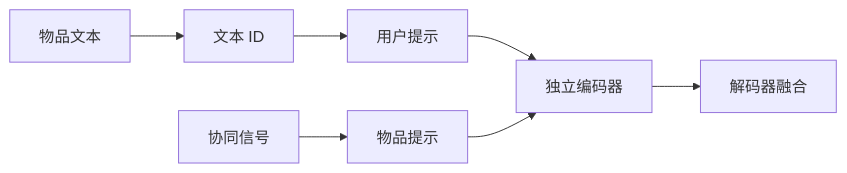
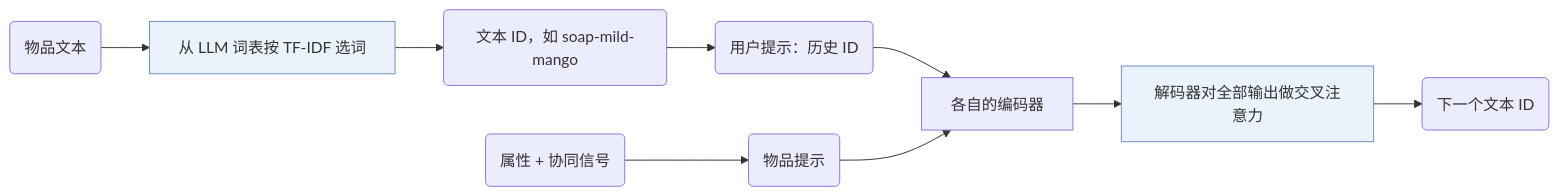
Before and after one commit to Galaxy-ghost/Awesome-SID-Generative-Rec: the diagram in notes/zh/gram.md, drawn with Mermaid. The commit also changed 521 other files, not shown here.

Commit message:
writer-04 part 3: algorithm diagrams with shared shape conventions, README hero and paper cards, archive removed

````diff
--- a/notes/zh/gram.md
+++ b/notes/zh/gram.md
@@ -14,9 +14,12 @@
 ```mermaid
 flowchart LR
-    A[物品文本] --> B[文本 ID]
-    C[协同信号] --> D[物品提示]
-    B --> E[用户提示]
-    E --> F[独立编码器]
-    D --> F
-    F --> G[解码器融合]
+    A("物品文本") --> B["从 LLM 词表按 TF-IDF 选词"]:::key
+    B --> C("文本 ID，如 soap-mild-mango")
+    C --> D("用户提示：历史 ID")
+    E("属性 + 协同信号") --> F("物品提示")
+    D --> G["各自的编码器"]
+    F --> G
+    G --> I["解码器对全部输出做交叉注意力"]:::key
+    I --> J("下一个文本 ID")
+    classDef key fill:#eaf2fb,stroke:#6b8fc7
 ```
````
